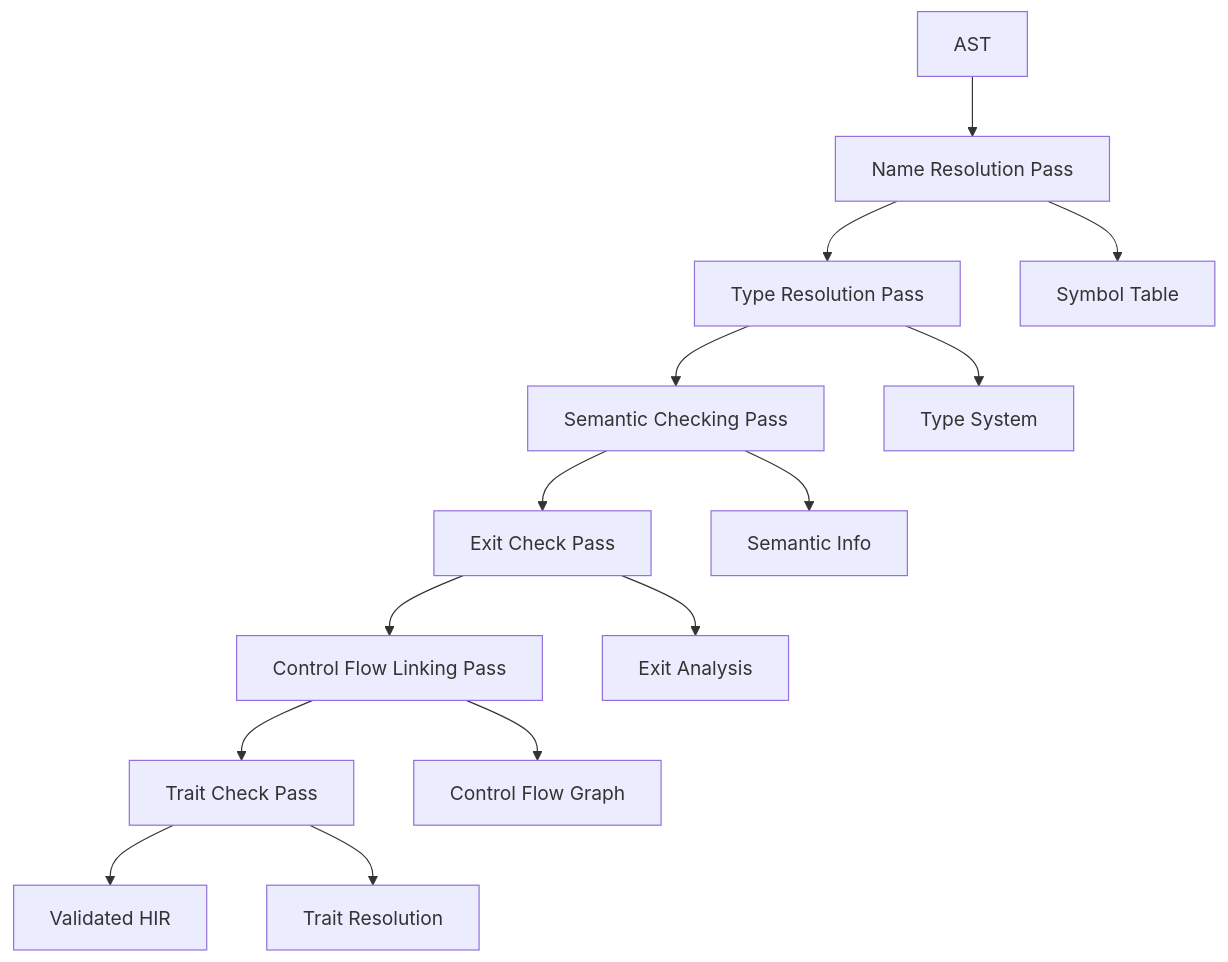
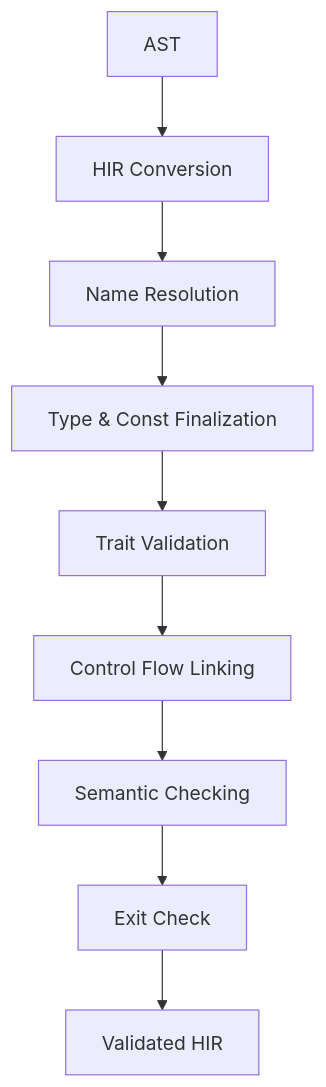
The diagram in docs/component-overviews/semantic-overview.md (rogerflowey/rust-compiler), drawn with Mermaid before and after one commit. The commit also changed other lines of this file and 39 other files, not shown here.

````diff
--- a/docs/component-overviews/semantic-overview.md
+++ b/docs/component-overviews/semantic-overview.md
@@ -195,17 +69,11 @@
 ```mermaid
 graph TD
-    A[AST] --> B[Name Resolution Pass]
-    B --> C[Type Resolution Pass]
-    C --> D[Semantic Checking Pass]
-    D --> E[Exit Check Pass]
-    E --> F[Control Flow Linking Pass]
-    F --> G[Trait Check Pass]
-    G --> H[Validated HIR]
-    
-    B --> I[Symbol Table]
-    C --> J[Type System]
-    D --> K[Semantic Info]
-    E --> L[Exit Analysis]
-    F --> M[Control Flow Graph]
-    G --> N[Trait Resolution]
+    A[AST] --> B[HIR Conversion]
+    B --> C[Name Resolution]
+    C --> D[Type & Const Finalization]
+    D --> E[Trait Validation]
+    E --> F[Control Flow Linking]
+    F --> G[Semantic Checking]
+    G --> H[Exit Check]
+    H --> I[Validated HIR]
 ```
````
